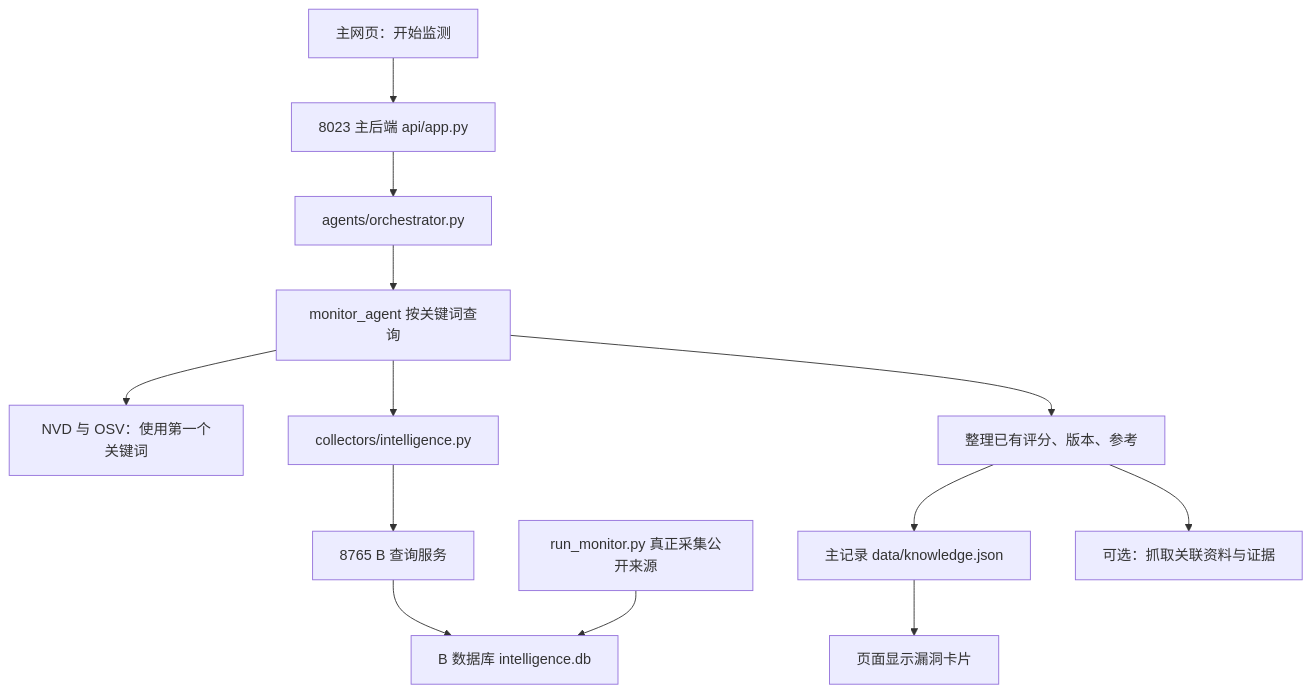
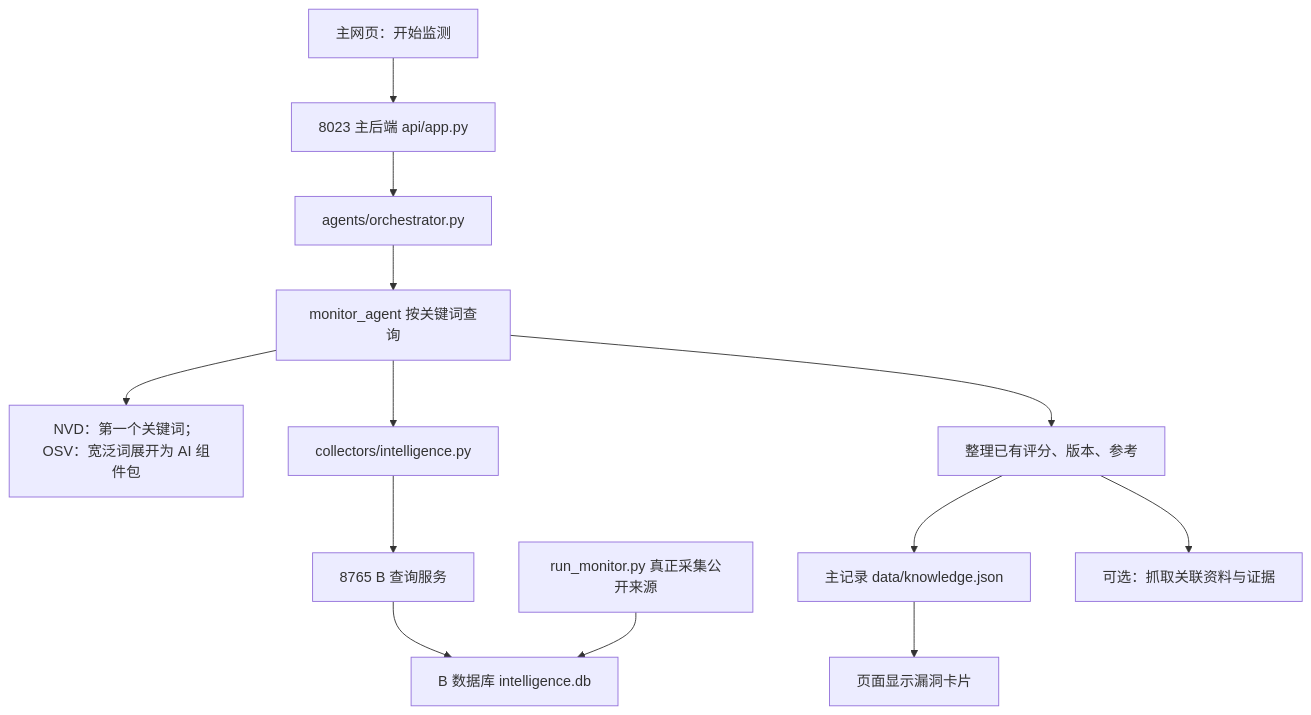
The first of 3 diagrams in docs/仓库文件与运行说明.md (sijunxiaodeng/ai-sec-intel), drawn with Mermaid before and after one commit. The commit also changed other lines of this file and 5 other files, not shown here.

First line of the commit message:
fix(monitor): OSV 宽泛词展开为 AI 包批次并诚实报告步骤

````diff
--- a/docs/仓库文件与运行说明.md
+++ b/docs/仓库文件与运行说明.md
@@ -38,15 +38,15 @@
 ```mermaid
 flowchart TD
     Browser[主网页：开始监测] --> API[8023 主后端 api/app.py]
     API --> Flow[agents/orchestrator.py]
     Flow --> Monitor[monitor_agent 按关键词查询]
-    Monitor --> NVD[NVD 与 OSV：使用第一个关键词]
+    Monitor --> NVD[NVD：第一个关键词；OSV：宽泛词展开为 AI 组件包]
     Monitor --> Bridge[collectors/intelligence.py]
     Bridge --> BAPI[8765 B 查询服务]
     BAPI --> BDB[B 数据库 intelligence.db]
     BRun[run_monitor.py 真正采集公开来源] --> BDB
     Monitor --> Enrich[整理已有评分、版本、参考]
     Enrich --> KB[主记录 data/knowledge.json]
     Enrich --> Evidence[可选：抓取关联资料与证据]
     KB --> Display[页面显示漏洞卡片]
 ```
````
